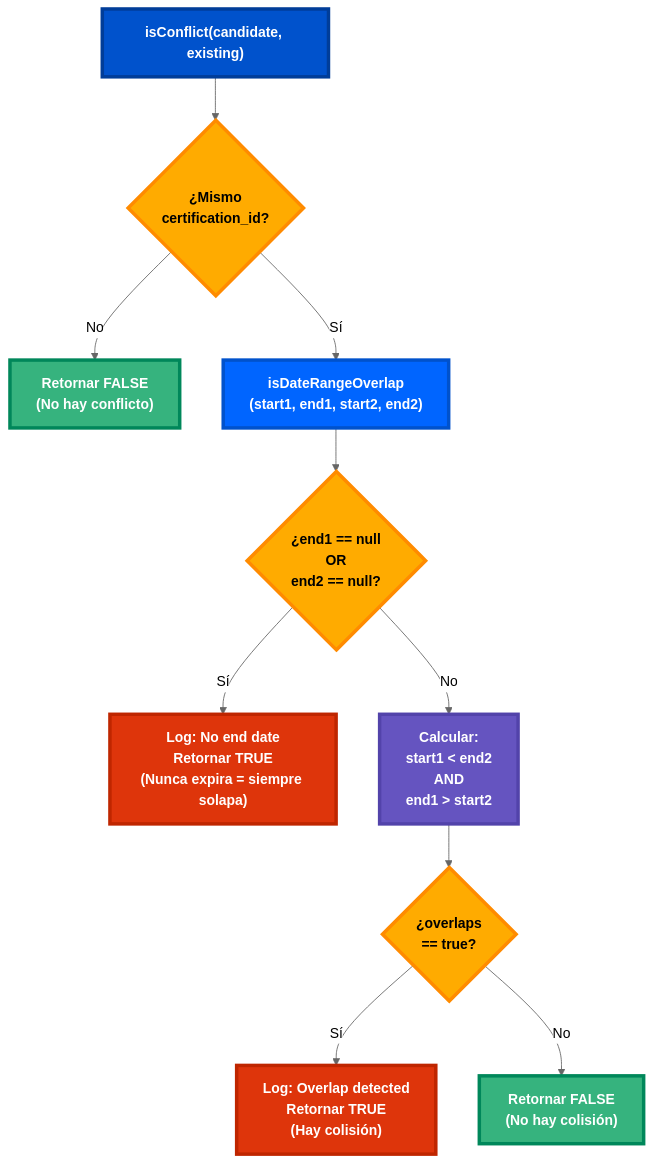
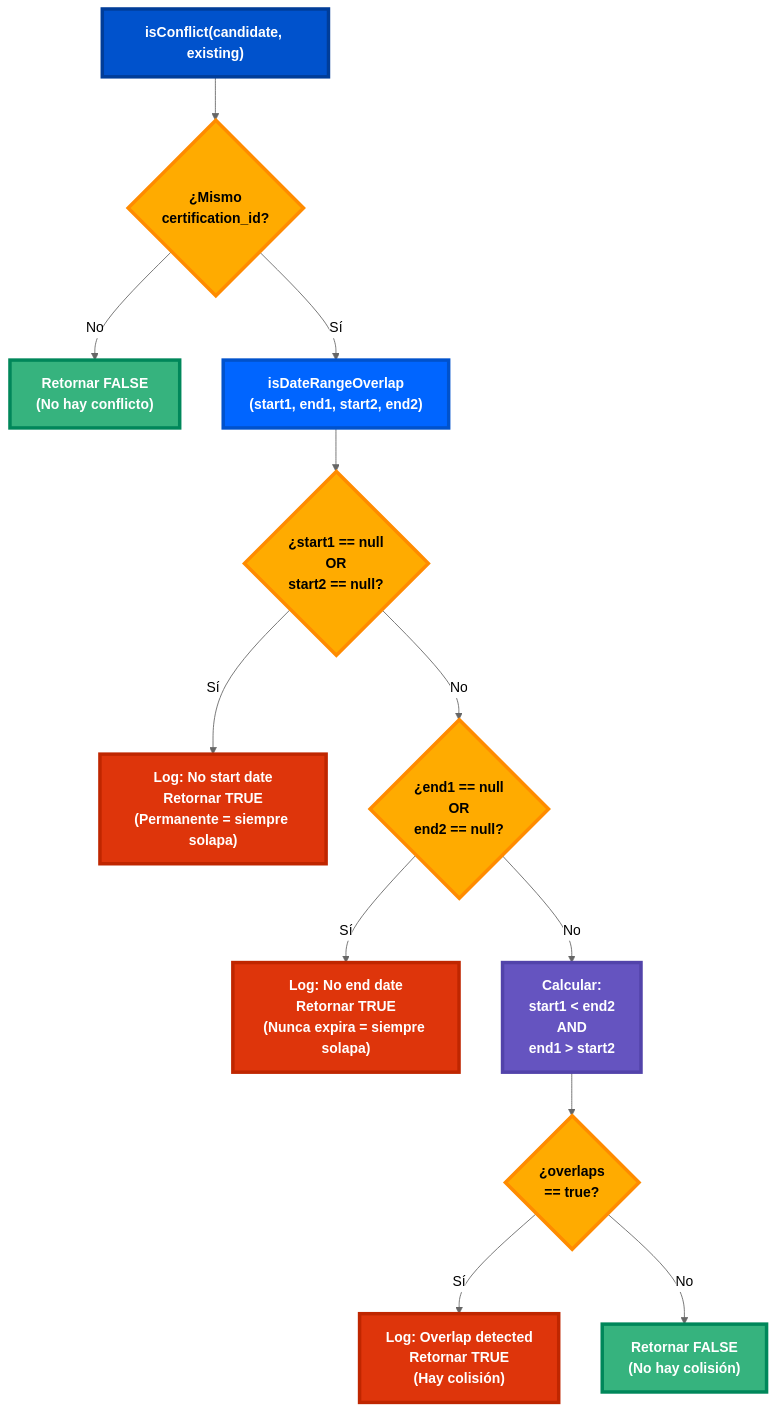
The fifth of 7 diagrams in guides/guia-implementacion-estrategia-force-default/guia-implementacion-estrategia-force-default.md (raulburgosbds/documentos_bds), drawn with Mermaid (neutral theme) before and after one commit. The commit also changed other lines of this file, not shown here.

````diff
--- a/guides/guia-implementacion-estrategia-force-default/guia-implementacion-estrategia-force-default.md
+++ b/guides/guia-implementacion-estrategia-force-default/guia-implementacion-estrategia-force-default.md
@@ -1175,25 +1181,30 @@
 ```mermaid
 flowchart TD
     A["isConflict(candidate, existing)"] --> B{¿Mismo<br/>certification_id?}
     B -->|No| C["Retornar FALSE<br/>(No hay conflicto)"]
     B -->|Sí| D["isDateRangeOverlap<br/>(start1, end1, start2, end2)"]
     
-    D --> E{¿end1 == null<br/>OR<br/>end2 == null?}
-    E -->|Sí| F["Log: No end date<br/>Retornar TRUE<br/>(Nunca expira = siempre solapa)"]
-    E -->|No| G["Calcular:<br/>start1 < end2<br/>AND<br/>end1 > start2"]
+    D --> E{¿start1 == null<br/>OR<br/>start2 == null?}
+    E -->|Sí| F["Log: No start date<br/>Retornar TRUE<br/>(Permanente = siempre solapa)"]
+    E -->|No| G{¿end1 == null<br/>OR<br/>end2 == null?}
     
-    G --> H{¿overlaps<br/>== true?}
-    H -->|Sí| I["Log: Overlap detected<br/>Retornar TRUE<br/>(Hay colisión)"]
-    H -->|No| J["Retornar FALSE<br/>(No hay colisión)"]
+    G -->|Sí| H["Log: No end date<br/>Retornar TRUE<br/>(Nunca expira = siempre solapa)"]
+    G -->|No| I["Calcular:<br/>start1 < end2<br/>AND<br/>end1 > start2"]
+    
+    I --> J{¿overlaps<br/>== true?}
+    J -->|Sí| K["Log: Overlap detected<br/>Retornar TRUE<br/>(Hay colisión)"]
+    J -->|No| L["Retornar FALSE<br/>(No hay colisión)"]
     
     style A fill:#0052CC,stroke:#003D99,stroke-width:4px,color:#FFFFFF,font-weight:bold
     style B fill:#FFAB00,stroke:#FF8B00,stroke-width:4px,color:#000000,font-weight:bold
     style C fill:#36B37E,stroke:#00875A,stroke-width:4px,color:#FFFFFF,font-weight:bold
     style D fill:#0065FF,stroke:#0052CC,stroke-width:4px,color:#FFFFFF,font-weight:bold
     style E fill:#FFAB00,stroke:#FF8B00,stroke-width:4px,color:#000000,font-weight:bold
     style F fill:#DE350B,stroke:#BF2600,stroke-width:4px,color:#FFFFFF,font-weight:bold
-    style G fill:#6554C0,stroke:#5243AA,stroke-width:4px,color:#FFFFFF,font-weight:bold
-    style H fill:#FFAB00,stroke:#FF8B00,stroke-width:4px,color:#000000,font-weight:bold
-    style I fill:#DE350B,stroke:#BF2600,stroke-width:4px,color:#FFFFFF,font-weight:bold
-    style J fill:#36B37E,stroke:#00875A,stroke-width:4px,color:#FFFFFF,font-weight:bold
+    style G fill:#FFAB00,stroke:#FF8B00,stroke-width:4px,color:#000000,font-weight:bold
+    style H fill:#DE350B,stroke:#BF2600,stroke-width:4px,color:#FFFFFF,font-weight:bold
+    style I fill:#6554C0,stroke:#5243AA,stroke-width:4px,color:#FFFFFF,font-weight:bold
+    style J fill:#FFAB00,stroke:#FF8B00,stroke-width:4px,color:#000000,font-weight:bold
+    style K fill:#DE350B,stroke:#BF2600,stroke-width:4px,color:#FFFFFF,font-weight:bold
+    style L fill:#36B37E,stroke:#00875A,stroke-width:4px,color:#FFFFFF,font-weight:bold
 ```
````
